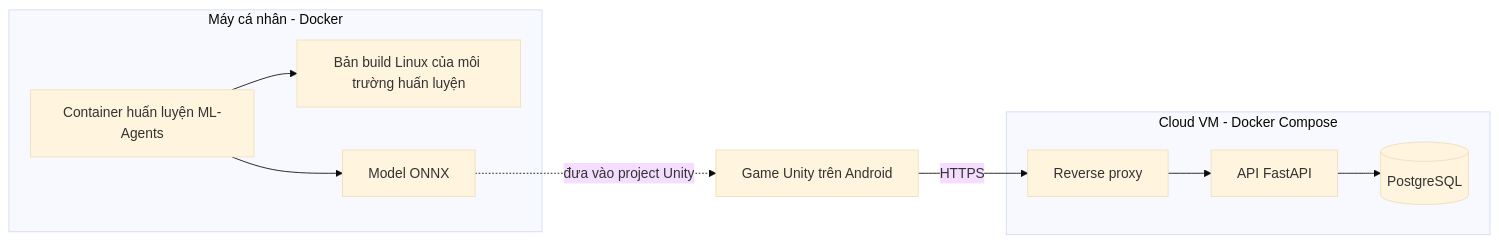
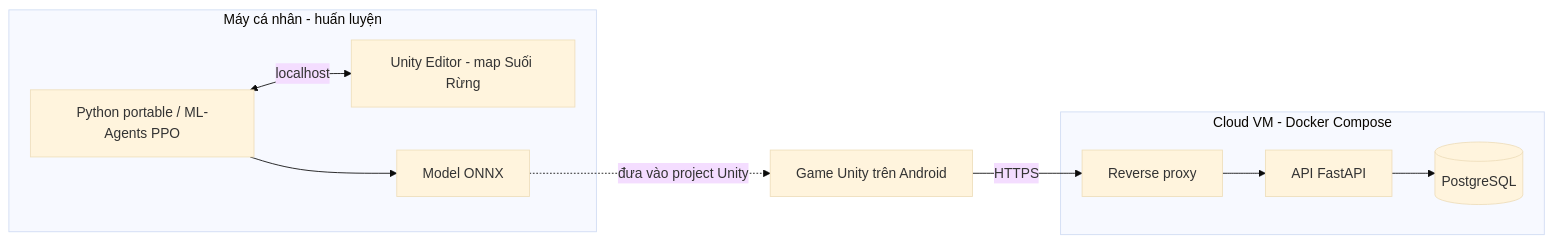
Before and after one commit to Kaito1412Hung/vuot-thac: the diagram in README.md, drawn with Mermaid (base theme). The commit also changed other lines of this file and 183 other files, not shown here.

````diff
--- a/README.md
+++ b/README.md
@@ -77,13 +91,13 @@
 ```mermaid
 flowchart LR
     A["Game Unity trên Android"] -->|HTTPS| P["Reverse proxy"]
     subgraph C["Cloud VM - Docker Compose"]
         P --> B["API FastAPI"]
         B --> D[("PostgreSQL")]
     end
-    subgraph T["Máy cá nhân - Docker"]
-        M["Container huấn luyện ML-Agents"] --> E["Bản build Linux của môi trường huấn luyện"]
+    subgraph T["Máy cá nhân - huấn luyện"]
+        M["Python portable / ML-Agents PPO"] <-->|localhost| E["Unity Editor - map Suối Rừng"]
         M --> O["Model ONNX"]
     end
     O -.->|đưa vào project Unity| A
 ```
````
